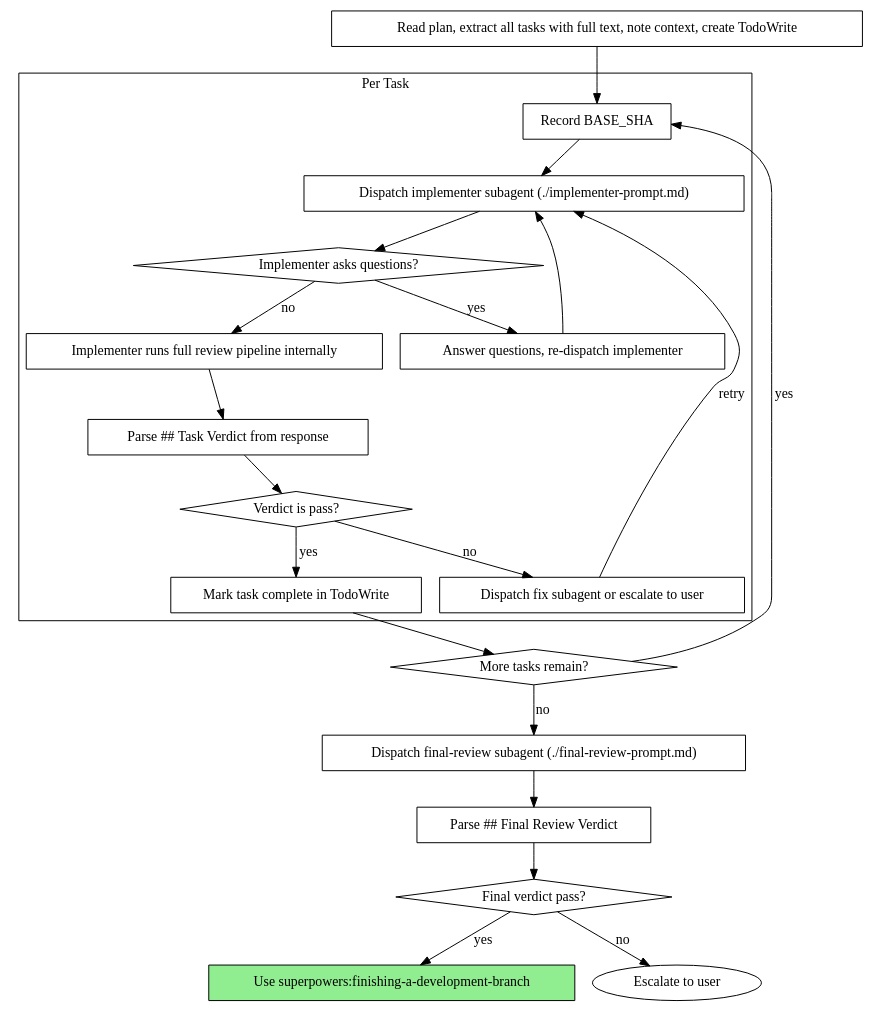
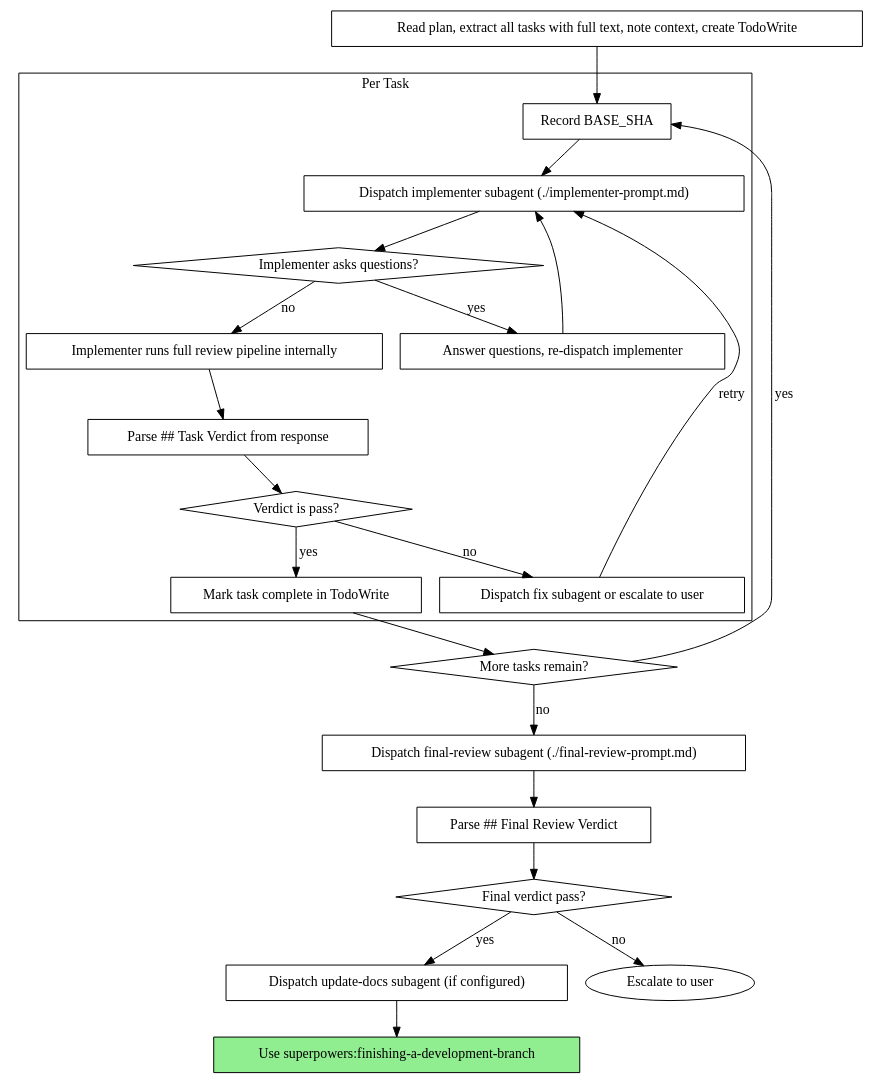
One commit to ebitoro/superpowers changed the second of 2 diagrams in skills/subagent-driven-development/SKILL.md. Above: the diagram before and after it, drawn with Graphviz. The commit also changed other lines of this file and 6 other files, not shown here.

````diff
--- a/skills/subagent-driven-development/SKILL.md
+++ b/skills/subagent-driven-development/SKILL.md
@@ -127,44 +127,46 @@
 ```dot
 digraph process {
     rankdir=TB;
 
     subgraph cluster_per_task {
         label="Per Task";
         "Record BASE_SHA" [shape=box];
         "Dispatch implementer subagent (./implementer-prompt.md)" [shape=box];
         "Implementer asks questions?" [shape=diamond];
         "Answer questions, re-dispatch implementer" [shape=box];
         "Implementer runs full review pipeline internally" [shape=box];
         "Parse ## Task Verdict from response" [shape=box];
         "Verdict is pass?" [shape=diamond];
         "Dispatch fix subagent or escalate to user" [shape=box];
         "Mark task complete in TodoWrite" [shape=box];
     }
 
     "Read plan, extract all tasks with full text, note context, create TodoWrite" [shape=box];
     "More tasks remain?" [shape=diamond];
     "Dispatch final-review subagent (./final-review-prompt.md)" [shape=box];
     "Parse ## Final Review Verdict" [shape=box];
     "Final verdict pass?" [shape=diamond];
     "Use superpowers:finishing-a-development-branch" [shape=box style=filled fillcolor=lightgreen];
 
     "Read plan, extract all tasks with full text, note context, create TodoWrite" -> "Record BASE_SHA";
     "Record BASE_SHA" -> "Dispatch implementer subagent (./implementer-prompt.md)";
     "Dispatch implementer subagent (./implementer-prompt.md)" -> "Implementer asks questions?";
     "Implementer asks questions?" -> "Answer questions, re-dispatch implementer" [label="yes"];
     "Answer questions, re-dispatch implementer" -> "Dispatch implementer subagent (./implementer-prompt.md)";
     "Implementer asks questions?" -> "Implementer runs full review pipeline internally" [label="no"];
     "Implementer runs full review pipeline internally" -> "Parse ## Task Verdict from response";
     "Parse ## Task Verdict from response" -> "Verdict is pass?";
     "Verdict is pass?" -> "Mark task complete in TodoWrite" [label="yes"];
     "Verdict is pass?" -> "Dispatch fix subagent or escalate to user" [label="no"];
     "Dispatch fix subagent or escalate to user" -> "Dispatch implementer subagent (./implementer-prompt.md)" [label="retry"];
     "Mark task complete in TodoWrite" -> "More tasks remain?";
     "More tasks remain?" -> "Record BASE_SHA" [label="yes"];
     "More tasks remain?" -> "Dispatch final-review subagent (./final-review-prompt.md)" [label="no"];
     "Dispatch final-review subagent (./final-review-prompt.md)" -> "Parse ## Final Review Verdict";
     "Parse ## Final Review Verdict" -> "Final verdict pass?";
-    "Final verdict pass?" -> "Use superpowers:finishing-a-development-branch" [label="yes"];
+    "Final verdict pass?" -> "Dispatch update-docs subagent (if configured)" [label="yes"];
+    "Dispatch update-docs subagent (if configured)" [shape=box];
+    "Dispatch update-docs subagent (if configured)" -> "Use superpowers:finishing-a-development-branch";
     "Final verdict pass?" -> "Escalate to user" [label="no"];
 }
 ```
````
